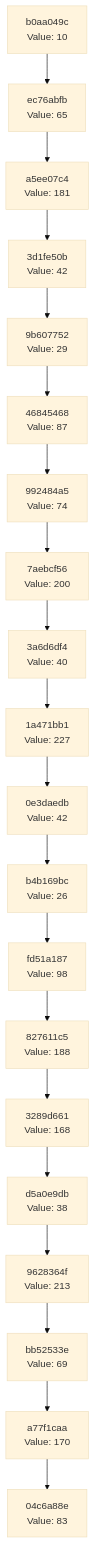
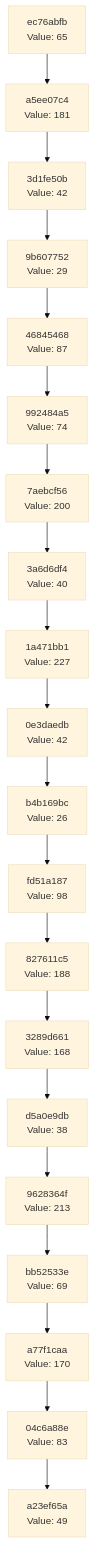
One commit to Abhisheksinha1506/hash-chain-evolver changed the diagram in docs/CHAIN_VISUALIZATION.md. Above: the diagram before and after it, drawn with Mermaid (base theme). The commit also changed 3 other files, not shown here.

````diff
--- a/docs/CHAIN_VISUALIZATION.md
+++ b/docs/CHAIN_VISUALIZATION.md
@@ -3,42 +3,42 @@
 ```mermaid
 graph TD
-    C0["04c6a88e<br/>Value: 83"]
-    C1["a77f1caa<br/>Value: 170"]
+    C0["a23ef65a<br/>Value: 49"]
+    C1["04c6a88e<br/>Value: 83"]
     C1 --> C0
-    C2["bb52533e<br/>Value: 69"]
+    C2["a77f1caa<br/>Value: 170"]
     C2 --> C1
-    C3["9628364f<br/>Value: 213"]
+    C3["bb52533e<br/>Value: 69"]
     C3 --> C2
-    C4["d5a0e9db<br/>Value: 38"]
+    C4["9628364f<br/>Value: 213"]
     C4 --> C3
-    C5["3289d661<br/>Value: 168"]
+    C5["d5a0e9db<br/>Value: 38"]
     C5 --> C4
-    C6["827611c5<br/>Value: 188"]
+    C6["3289d661<br/>Value: 168"]
     C6 --> C5
-    C7["fd51a187<br/>Value: 98"]
+    C7["827611c5<br/>Value: 188"]
     C7 --> C6
-    C8["b4b169bc<br/>Value: 26"]
+    C8["fd51a187<br/>Value: 98"]
     C8 --> C7
-    C9["0e3daedb<br/>Value: 42"]
+    C9["b4b169bc<br/>Value: 26"]
     C9 --> C8
-    C10["1a471bb1<br/>Value: 227"]
+    C10["0e3daedb<br/>Value: 42"]
     C10 --> C9
-    C11["3a6d6df4<br/>Value: 40"]
+    C11["1a471bb1<br/>Value: 227"]
     C11 --> C10
-    C12["7aebcf56<br/>Value: 200"]
+    C12["3a6d6df4<br/>Value: 40"]
     C12 --> C11
-    C13["992484a5<br/>Value: 74"]
+    C13["7aebcf56<br/>Value: 200"]
     C13 --> C12
-    C14["46845468<br/>Value: 87"]
+    C14["992484a5<br/>Value: 74"]
     C14 --> C13
-    C15["9b607752<br/>Value: 29"]
+    C15["46845468<br/>Value: 87"]
     C15 --> C14
-    C16["3d1fe50b<br/>Value: 42"]
+    C16["9b607752<br/>Value: 29"]
     C16 --> C15
-    C17["a5ee07c4<br/>Value: 181"]
+    C17["3d1fe50b<br/>Value: 42"]
     C17 --> C16
-    C18["ec76abfb<br/>Value: 65"]
+    C18["a5ee07c4<br/>Value: 181"]
     C18 --> C17
-    C19["b0aa049c<br/>Value: 10"]
+    C19["ec76abfb<br/>Value: 65"]
     C19 --> C18
 ```
````
